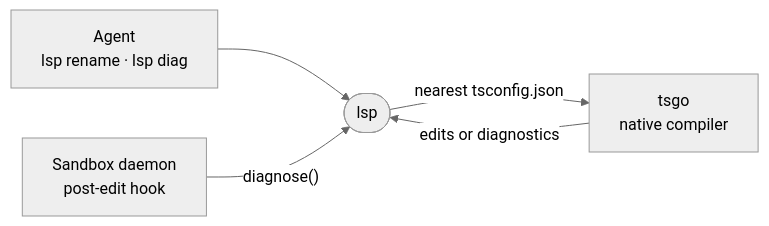
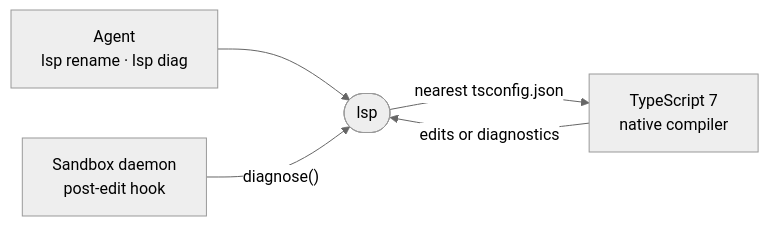
One commit to intentic/intentic changed the diagram in _search/lsp/README.md. Above: the diagram before and after it, drawn with Mermaid (neutral theme). The commit also changed other lines of this file and 103 other files, not shown here.

Commit message:
refactor(lsp): rename tsgo to compiler and replace tsgo with tsc

````diff
--- a/_search/lsp/README.md
+++ b/_search/lsp/README.md
@@ -5,7 +5,7 @@
 ```mermaid
 flowchart LR
     agent["Agent<br/>lsp rename · lsp diag"] --> lsp(["lsp"])
     hook["Sandbox daemon<br/>post-edit hook"] -- "diagnose()" --> lsp
-    lsp -- "nearest tsconfig.json" --> tsgo["tsgo<br/>native compiler"]
-    tsgo -- "edits or diagnostics" --> lsp
+    lsp -- "nearest tsconfig.json" --> compiler["TypeScript 7<br/>native compiler"]
+    compiler -- "edits or diagnostics" --> lsp
 ```
````
